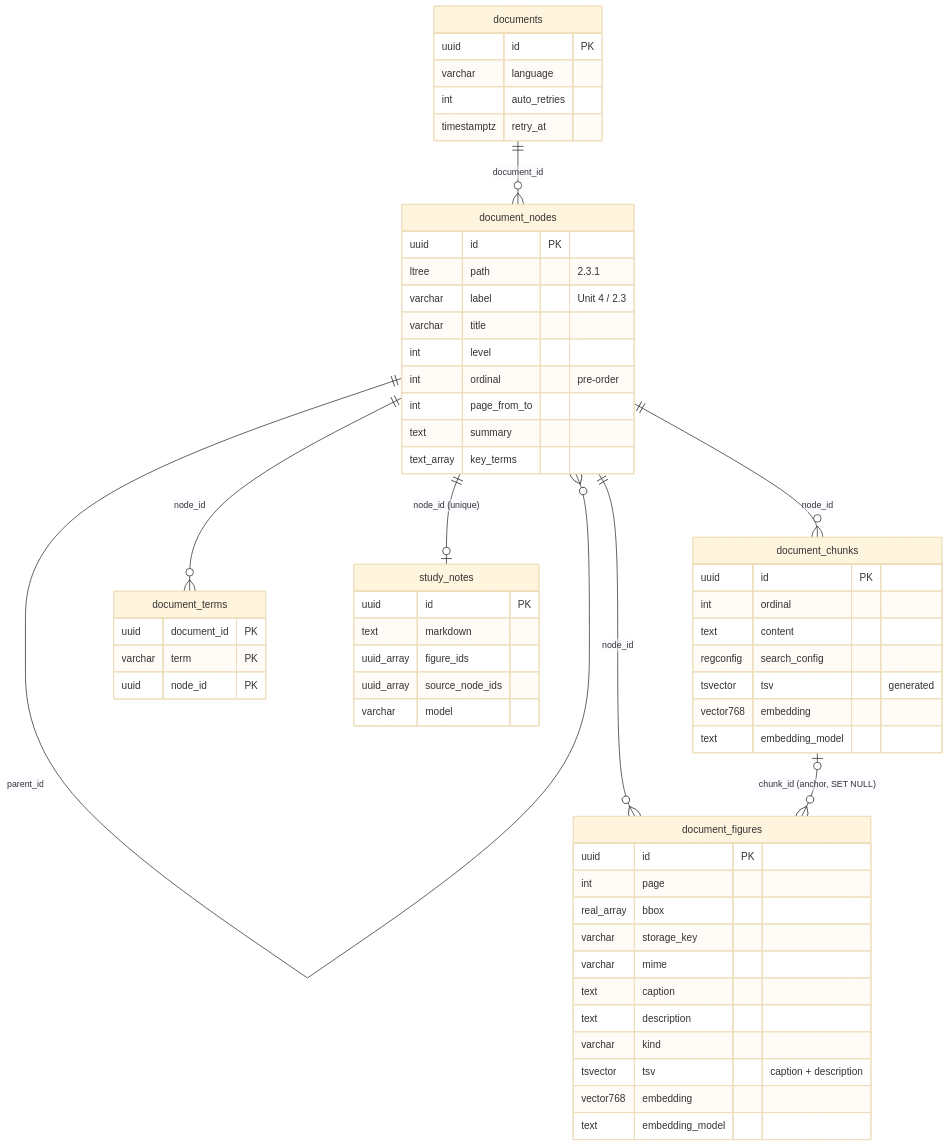
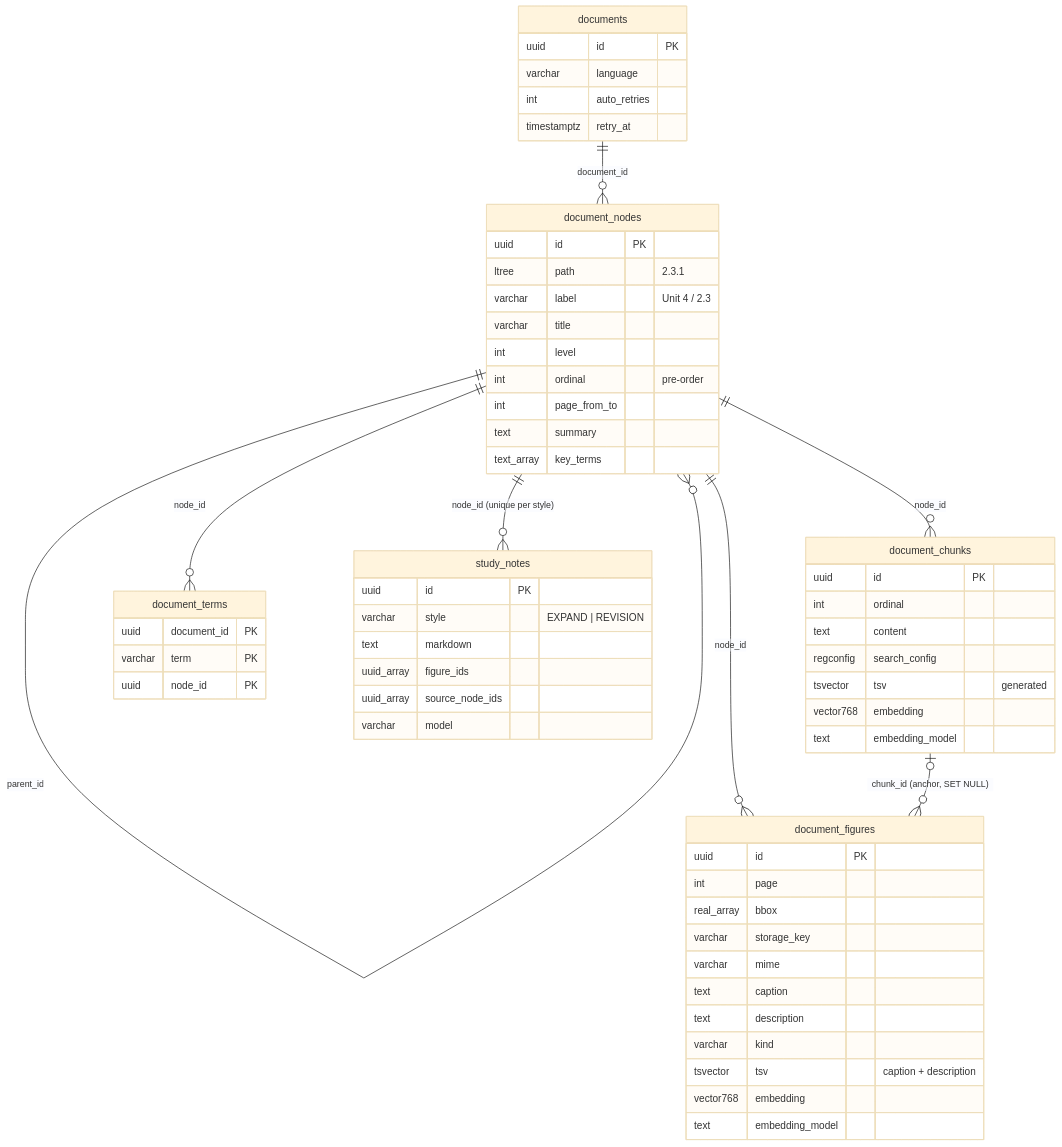
Before and after one commit to supremex04/Sapio: the first of 2 diagrams in docs/architecture/knowledge-storage.md, drawn with Mermaid (base theme). The commit also changed other lines of this file and 10 other files, not shown here.

Commit message:
docs: Preview, Expand/Revision notes, original file and text cleanup

````diff
--- a/docs/architecture/knowledge-storage.md
+++ b/docs/architecture/knowledge-storage.md
@@ -21,61 +21,62 @@
 ```mermaid
 erDiagram
     documents ||--o{ document_nodes : "document_id"
     document_nodes ||--o{ document_nodes : "parent_id"
     document_nodes ||--o{ document_chunks : "node_id"
     document_nodes ||--o{ document_figures : "node_id"
     document_chunks |o--o{ document_figures : "chunk_id (anchor, SET NULL)"
     document_nodes ||--o{ document_terms : "node_id"
-    document_nodes ||--o| study_notes : "node_id (unique)"
+    document_nodes ||--o{ study_notes : "node_id (unique per style)"
     documents {
         uuid id PK
         varchar language
         int auto_retries
         timestamptz retry_at
     }
     document_nodes {
         uuid id PK
         ltree path "2.3.1"
         varchar label "Unit 4 / 2.3"
         varchar title
         int level
         int ordinal "pre-order"
         int page_from_to
         text summary
         text_array key_terms
     }
     document_chunks {
         uuid id PK
         int ordinal
         text content
         regconfig search_config
         tsvector tsv "generated"
         vector768 embedding
         text embedding_model
     }
     document_figures {
         uuid id PK
         int page
         real_array bbox
         varchar storage_key
         varchar mime
         text caption
         text description
         varchar kind
         tsvector tsv "caption + description"
         vector768 embedding
         text embedding_model
     }
     document_terms {
         uuid document_id PK
         varchar term PK
         uuid node_id PK
     }
     study_notes {
         uuid id PK
+        varchar style "EXPAND | REVISION"
         text markdown
         uuid_array figure_ids
         uuid_array source_node_ids
         varchar model
     }
 ```
````
